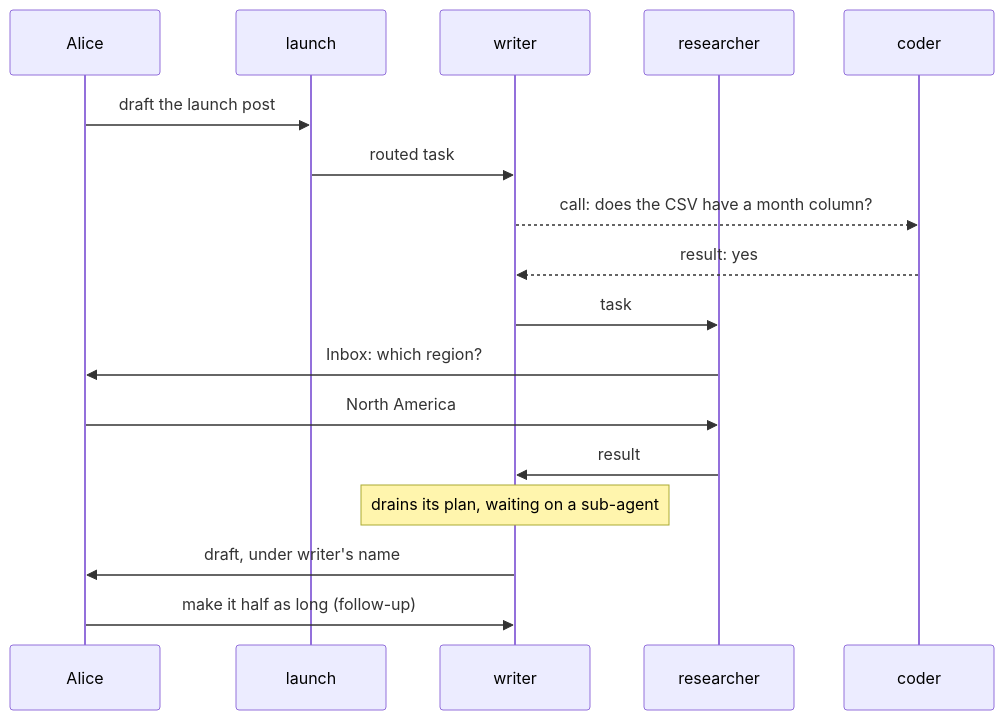
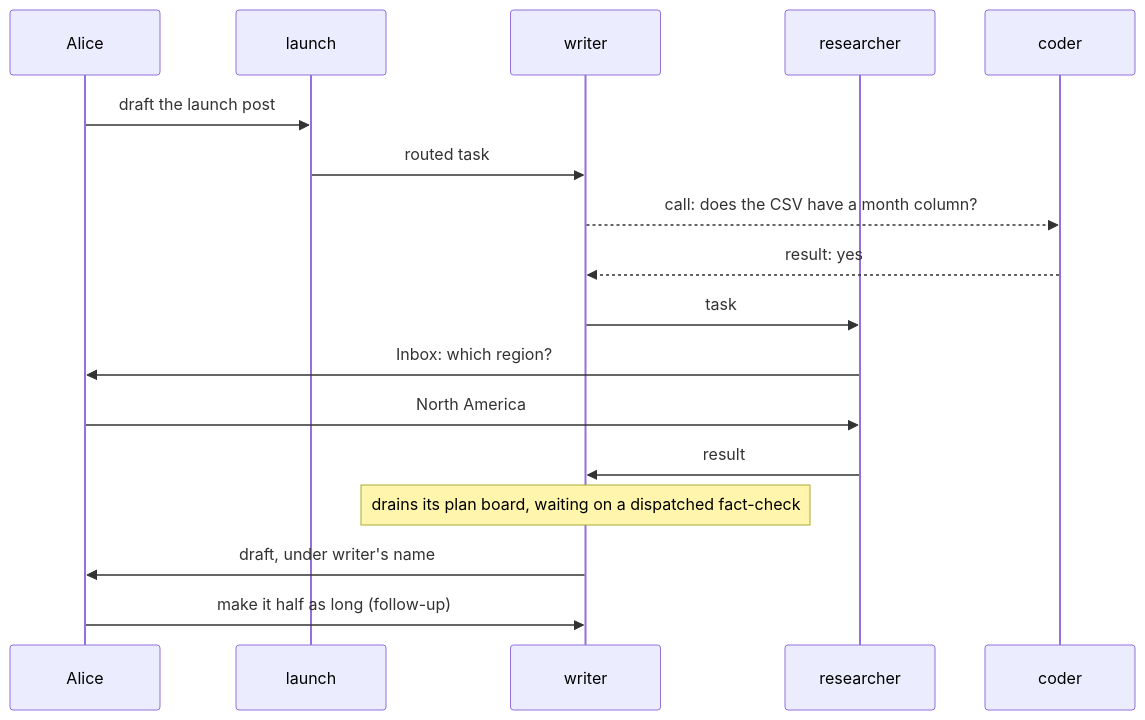
Before and after one commit to fixpoint-labs/flow-state-dev: the second of 2 diagrams in docs/internal/design/workforce-coordination-concept.md, drawn with Mermaid. The commit also changed other lines of this file, not shown here.

First line of the commit message:
docs(design): board mode plan/delegation; who settles a row; goal-seek needs a plan (FIX-2056)

````diff
--- a/docs/internal/design/workforce-coordination-concept.md
+++ b/docs/internal/design/workforce-coordination-concept.md
@@ -277,19 +291,19 @@
 ```mermaid
 sequenceDiagram
   participant Alice
   participant launch
   participant writer
   participant researcher
   participant coder
   Alice->>launch: draft the launch post
   launch->>writer: routed task
   writer-->>coder: call: does the CSV have a month column?
   coder-->>writer: result: yes
   writer->>researcher: task
   researcher->>Alice: Inbox: which region?
   Alice->>researcher: North America
   researcher->>writer: result
-  Note over writer: drains its plan, waiting on a sub-agent
+  Note over writer: drains its plan board, waiting on a dispatched fact-check
   writer->>Alice: draft, under writer's name
   Alice->>writer: make it half as long (follow-up)
 ```
````
